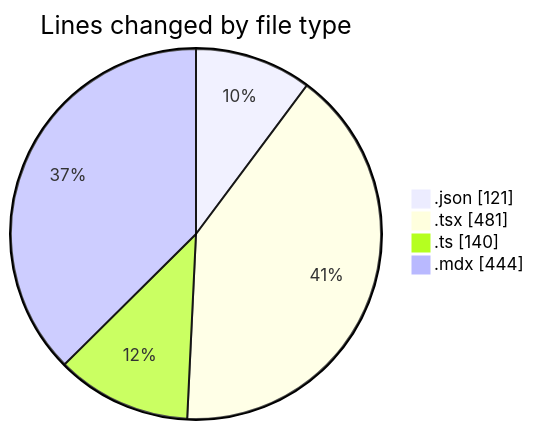
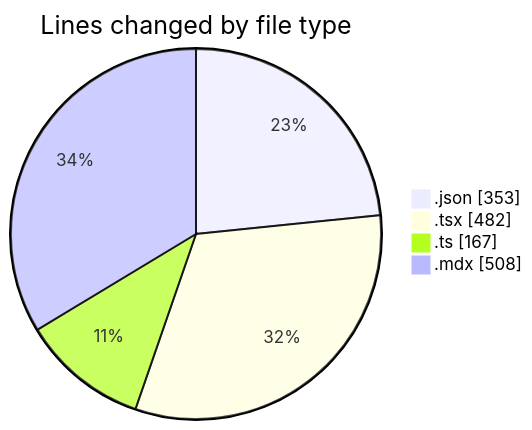
One commit to Elitesun/code-tracking changed the first of 2 diagrams in 2025-05-01/niten/README.md. Above: the diagram before and after it, drawn with Mermaid. The commit also changed other lines of this file and 1 other file, not shown here.

````diff
--- a/2025-05-01/niten/README.md
+++ b/2025-05-01/niten/README.md
@@ -33,8 +36,8 @@
 ```mermaid
 pie showData
 title Lines changed by file type
-".json" : 121
-".tsx" : 481
-".ts" : 140
-".mdx" : 444
+".json" : 353
+".tsx" : 482
+".ts" : 167
+".mdx" : 508
 ```
````
